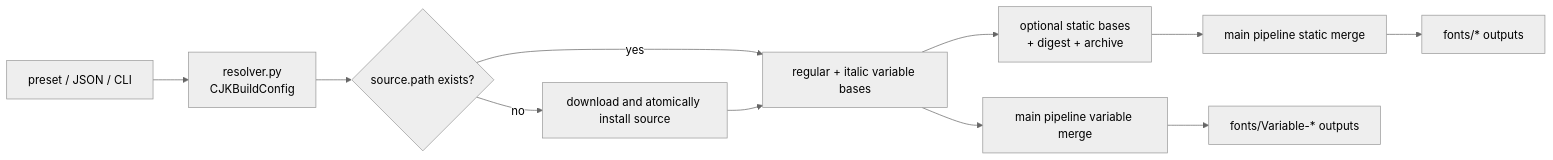
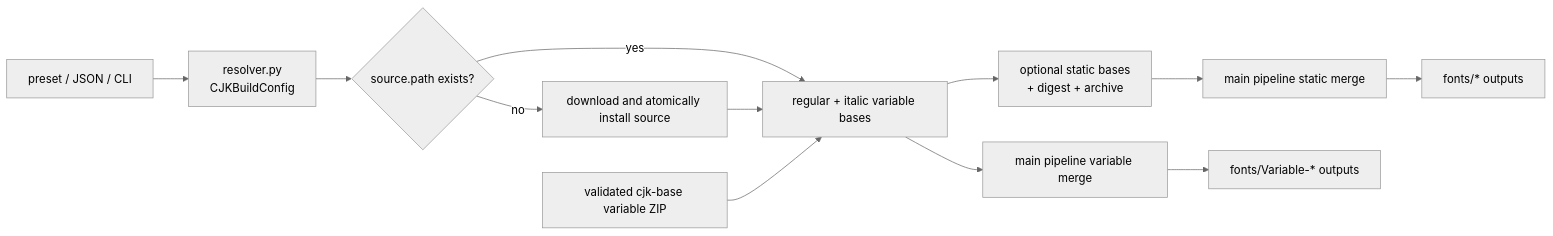
The diagram in scripts/cjk/README.md (iaragoza2027/maple-font-taro), drawn with Mermaid (neutral theme) before and after one commit. The commit also changed other lines of this file and 29 other files, not shown here.

First line of the commit message:
provide cjk base variable font (#806)

````diff
--- a/scripts/cjk/README.md
+++ b/scripts/cjk/README.md
@@ -48,13 +51,14 @@
 ```mermaid
 flowchart LR
     INPUT["preset / JSON / CLI"] --> RESOLVE["resolver.py\nCJKBuildConfig"]
     RESOLVE --> SOURCE{"source.path exists?"}
     SOURCE -->|yes| VF["regular + italic variable bases"]
     SOURCE -->|no| DOWNLOAD["download and atomically install source"]
     DOWNLOAD --> VF
+    REMOTE["validated cjk-base variable ZIP"] --> VF
     VF --> STATIC["optional static bases\n+ digest + archive"]
     VF --> MERGE_VF["main pipeline variable merge"]
     STATIC --> MERGE_STATIC["main pipeline static merge"]
     MERGE_VF --> RELEASE["fonts/Variable-* outputs"]
     MERGE_STATIC --> RELEASE_STATIC["fonts/* outputs"]
 ```
````
